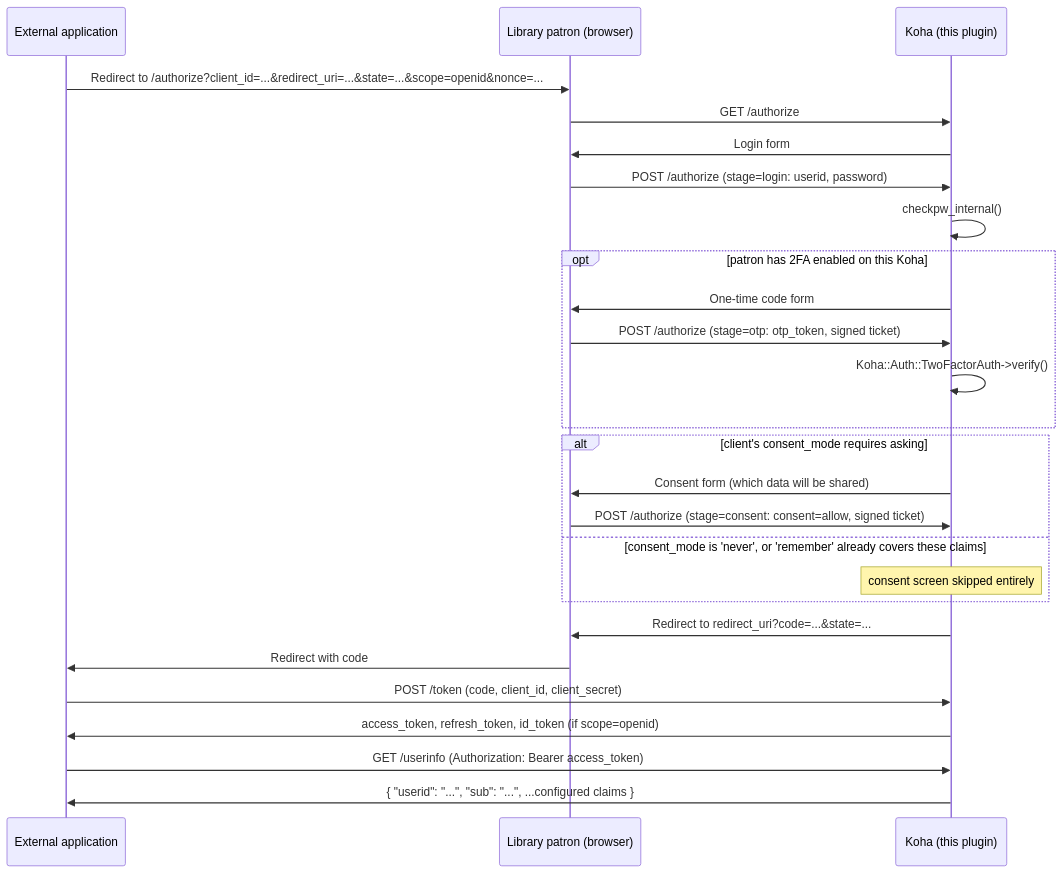
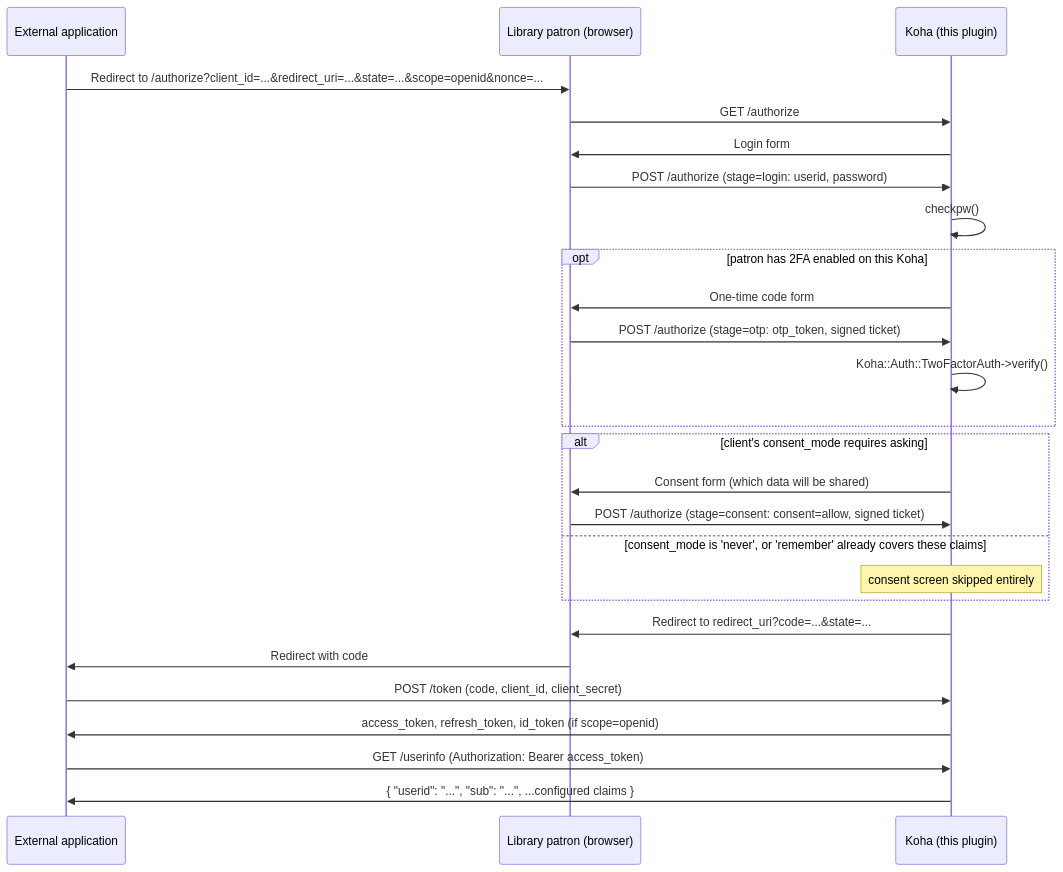
The diagram in README.md (LMSCloud/koha-plugin-oauth-provider), drawn with Mermaid before and after one commit. The commit also changed other lines of this file and 5 other files, not shown here.

````diff
--- a/README.md
+++ b/README.md
@@ -37,29 +37,29 @@
 ```mermaid
 sequenceDiagram
     participant App as External application
     participant User as Library patron (browser)
     participant Koha as Koha (this plugin)
 
     App->>User: Redirect to /authorize?client_id=...&redirect_uri=...&state=...&scope=openid&nonce=...
     User->>Koha: GET /authorize
     Koha->>User: Login form
     User->>Koha: POST /authorize (stage=login: userid, password)
-    Koha->>Koha: checkpw_internal()
+    Koha->>Koha: checkpw()
     opt patron has 2FA enabled on this Koha
         Koha->>User: One-time code form
         User->>Koha: POST /authorize (stage=otp: otp_token, signed ticket)
         Koha->>Koha: Koha::Auth::TwoFactorAuth->verify()
     end
     alt client's consent_mode requires asking
         Koha->>User: Consent form (which data will be shared)
         User->>Koha: POST /authorize (stage=consent: consent=allow, signed ticket)
     else consent_mode is 'never', or 'remember' already covers these claims
         Note over Koha: consent screen skipped entirely
     end
     Koha->>User: Redirect to redirect_uri?code=...&state=...
     User->>App: Redirect with code
     App->>Koha: POST /token (code, client_id, client_secret)
     Koha->>App: access_token, refresh_token, id_token (if scope=openid)
     App->>Koha: GET /userinfo (Authorization: Bearer access_token)
     Koha->>App: { "userid": "...", "sub": "...", ...configured claims }
 ```
````
